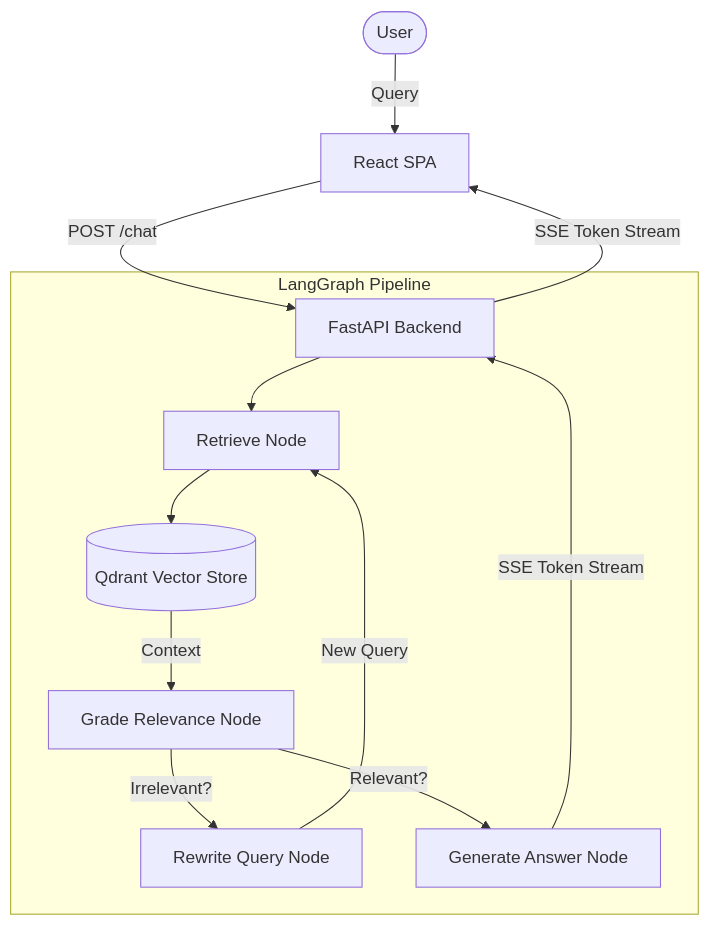
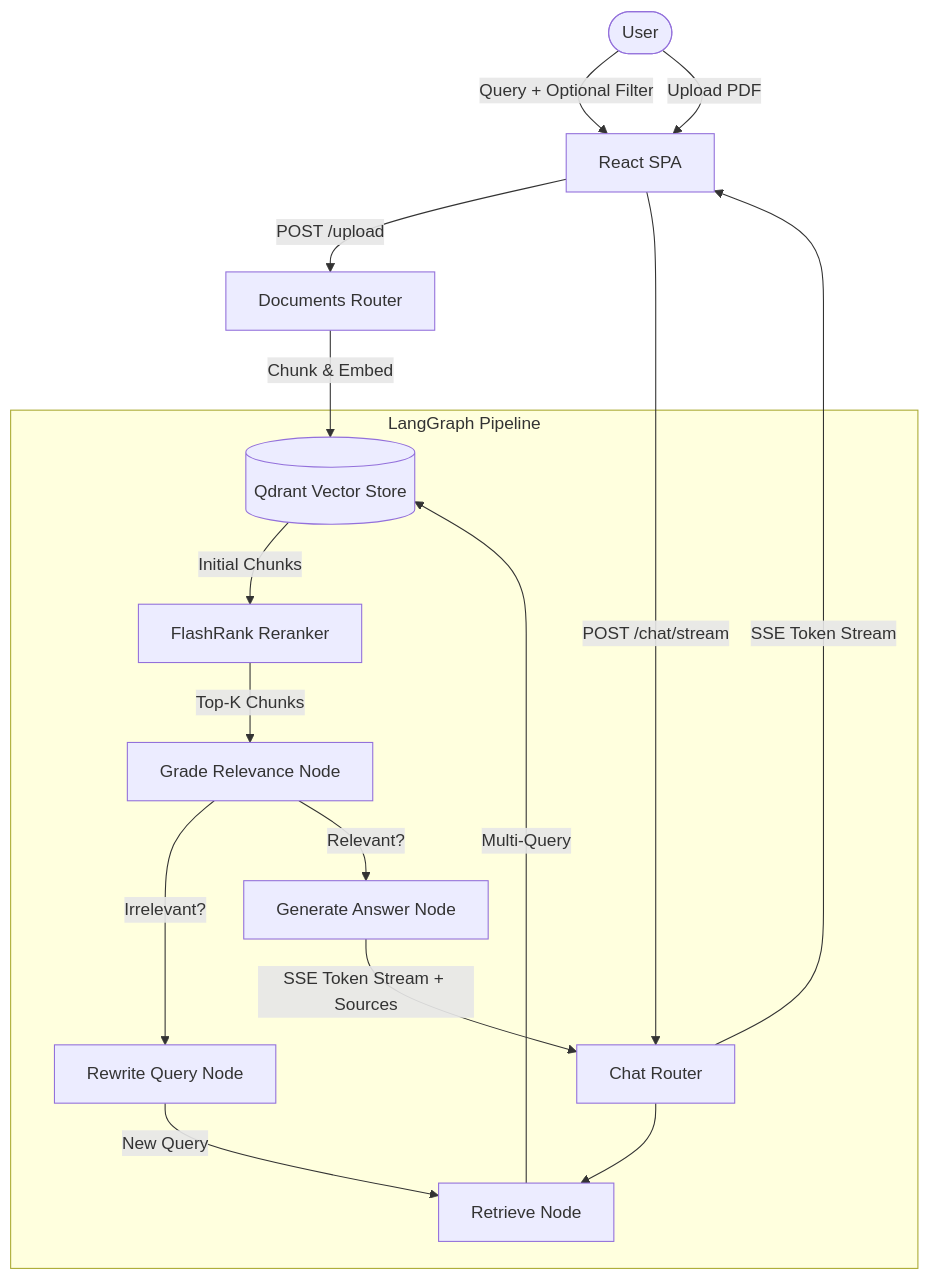
Before and after one commit to mslabysz/rag-legal-assistant: the diagram in README.md, drawn with Mermaid. The commit also changed other lines of this file, not shown here.

````diff
--- a/README.md
+++ b/README.md
@@ -39,19 +62,25 @@
 ```mermaid
 graph TD
-    User([User]) -->|Query| Frontend[React SPA]
-    Frontend -->|POST /chat| API[FastAPI Backend]
+    User([User]) -->|Query + Optional Filter| Frontend[React SPA]
+    User -->|Upload PDF| Frontend
+    
+    Frontend -->|POST /upload| RouterDocs[Documents Router]
+    RouterDocs -->|Chunk & Embed| Qdrant[(Qdrant Vector Store)]
+    
+    Frontend -->|POST /chat/stream| RouterChat[Chat Router]
     
     subgraph LangGraph Pipeline
-        API --> Retrieve[Retrieve Node]
-        Retrieve --> Qdrant[(Qdrant Vector Store)]
-        Qdrant -->|Context| Grade[Grade Relevance Node]
+        RouterChat --> Retrieve[Retrieve Node]
+        Retrieve -->|Multi-Query| Qdrant
+        Qdrant -->|Initial Chunks| Reranker[FlashRank Reranker]
+        Reranker -->|Top-K Chunks| Grade[Grade Relevance Node]
         
         Grade -->|Irrelevant?| Rewrite[Rewrite Query Node]
         Rewrite -->|New Query| Retrieve
         
         Grade -->|Relevant?| Generate[Generate Answer Node]
     end
     
-    Generate -->|SSE Token Stream| API
-    API -->|SSE Token Stream| Frontend
+    Generate -->|SSE Token Stream + Sources| RouterChat
+    RouterChat -->|SSE Token Stream| Frontend
 ```
````
